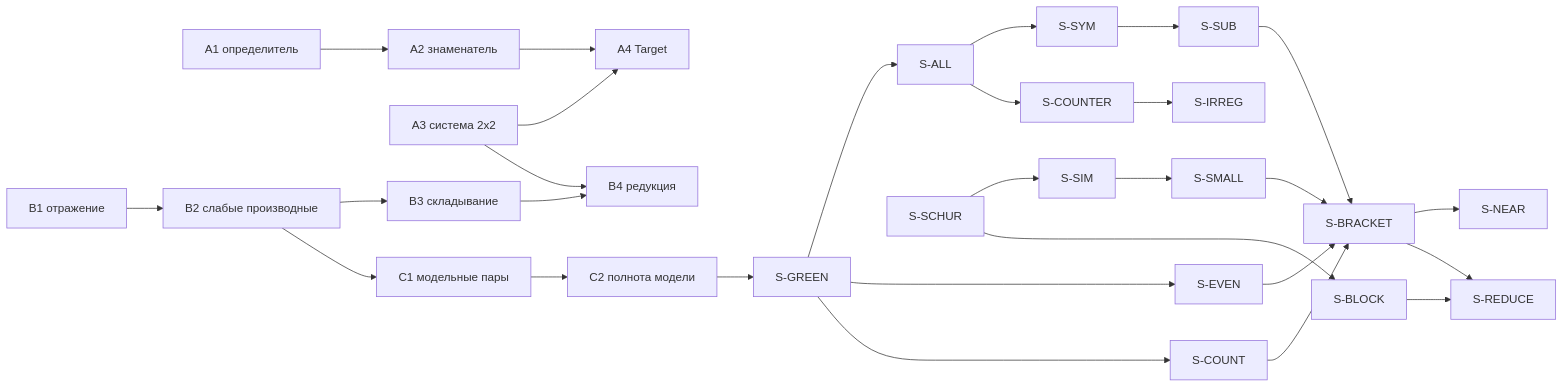
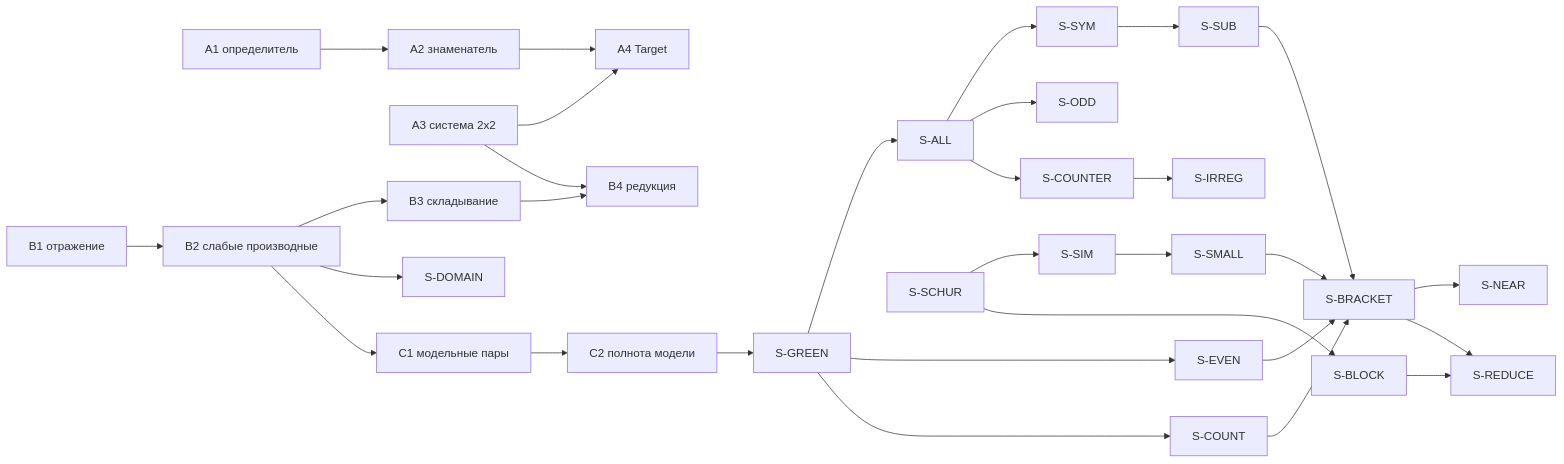
Before and after one commit to LeoLourson/Learning-Lean: the diagram in blueprint.md, drawn with Mermaid. The commit also changed other lines of this file and 10 other files, not shown here.

````diff
--- a/blueprint.md
+++ b/blueprint.md
@@ -54,30 +55,32 @@
 ```mermaid
 graph LR
   A1[A1 определитель] --> A2[A2 знаменатель]
   A2 --> A4[A4 Target]
   A3[A3 система 2x2] --> A4
   B1[B1 отражение] --> B2[B2 слабые производные]
   B2 --> B3[B3 складывание]
   B3 --> B4[B4 редукция]
   A3 --> B4
+  B2 --> SDOM[S-DOMAIN]
   B2 --> C1[C1 модельные пары]
   C1 --> C2[C2 полнота модели]
   C2 --> SG[S-GREEN]
   SG --> SALL[S-ALL]
   SG --> SEVEN[S-EVEN]
   SALL --> SSYM[S-SYM]
   SSYM --> SSUB[S-SUB]
   SCH[S-SCHUR] --> SSIM[S-SIM]
   SSIM --> SSMALL[S-SMALL]
   SG --> SCOUNT[S-COUNT]
   SSUB --> SBR[S-BRACKET]
   SCOUNT --> SBR
   SSMALL --> SBR
   SEVEN --> SBR
   SBR --> SNEAR[S-NEAR]
   SCH --> SBLOCK[S-BLOCK]
   SBR --> SRED[S-REDUCE]
   SBLOCK --> SRED
+  SALL --> SODD[S-ODD]
   SALL --> SCNT[S-COUNTER]
   SCNT --> SIRR[S-IRREG]
 ```
````
